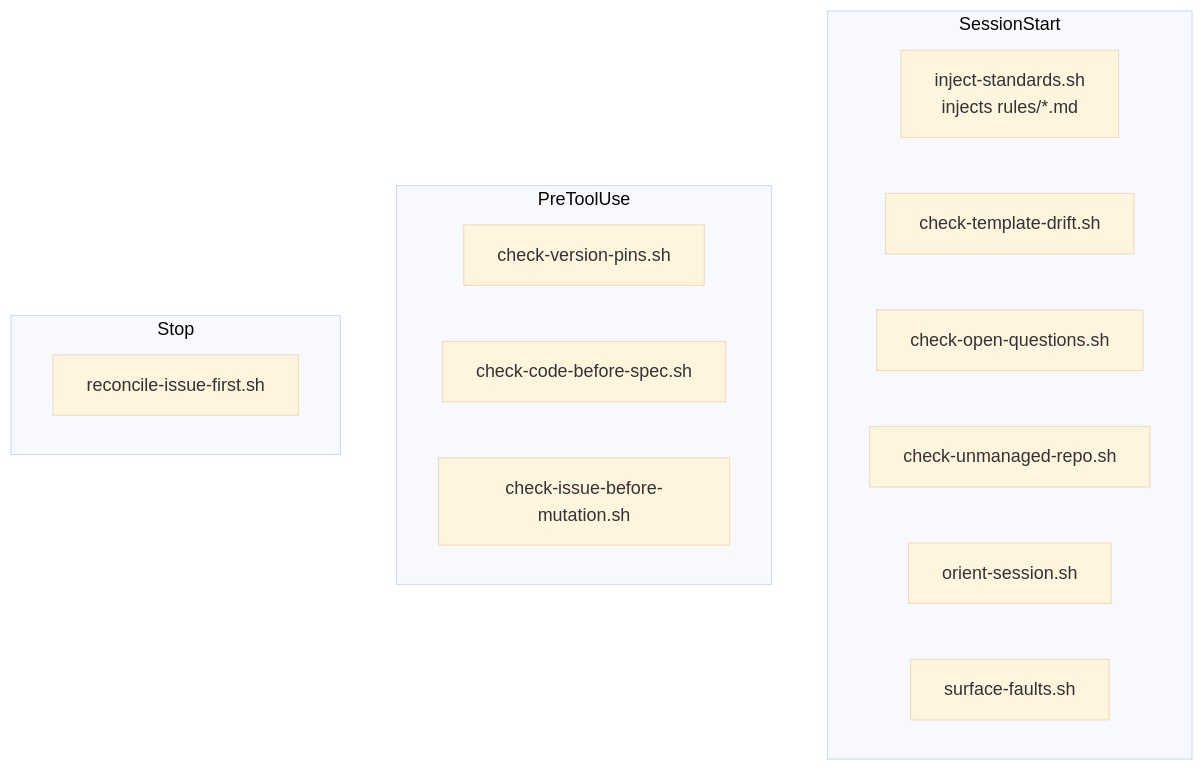
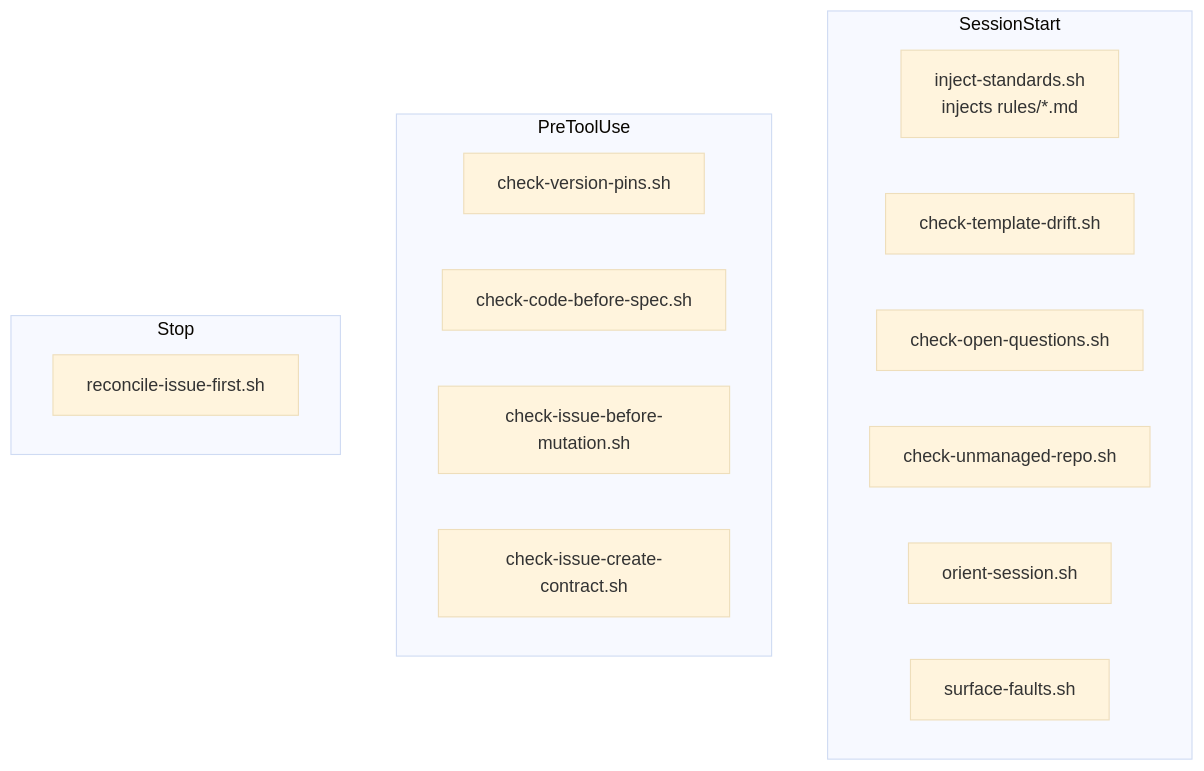
One commit to element22llc/e22-plugins changed the diagram in docs/reference/hooks.md. Above: the diagram before and after it, drawn with Mermaid (base theme). The commit also changed other lines of this file and 5 other files, not shown here.

````diff
--- a/docs/reference/hooks.md
+++ b/docs/reference/hooks.md
@@ -20,19 +21,20 @@
 ```mermaid
 flowchart TD
     subgraph SessionStart
       inject[inject-standards.sh<br/>injects rules/*.md]
       drift[check-template-drift.sh]
       oq[check-open-questions.sh]
       unmanaged[check-unmanaged-repo.sh]
       orient[orient-session.sh]
       faults[surface-faults.sh]
     end
     subgraph PreToolUse
       pins[check-version-pins.sh]
       cbs[check-code-before-spec.sh]
       ibm[check-issue-before-mutation.sh]
+      icc[check-issue-create-contract.sh]
     end
     subgraph Stop
       reconcile[reconcile-issue-first.sh]
     end
 ```
````
